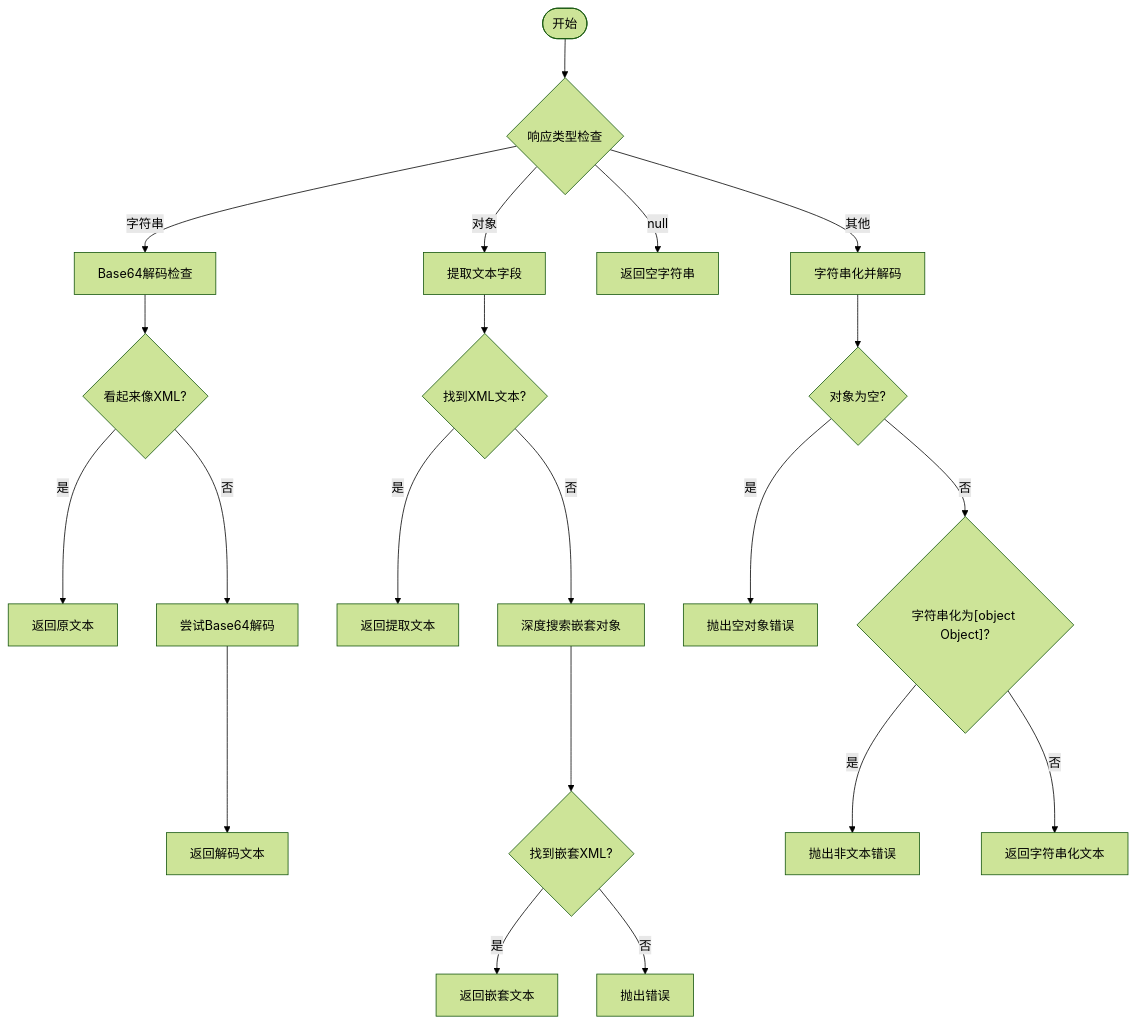
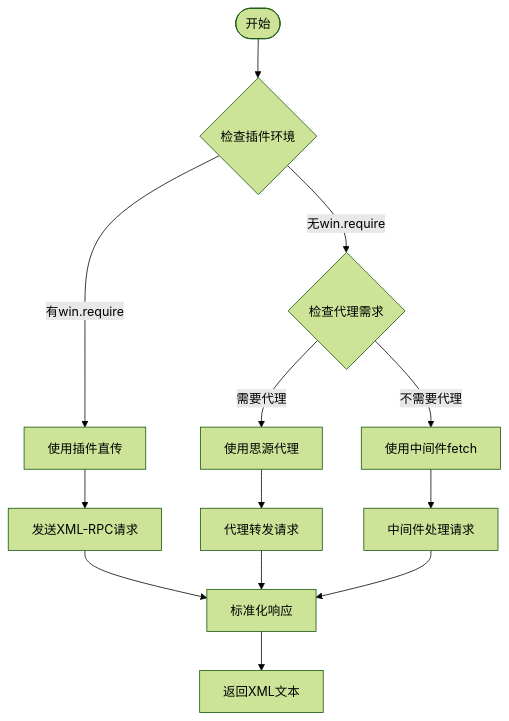
One commit to terwer/siyuan-plugin-publisher changed the seventh of 9 diagrams in .qoder/repowiki/zh/content/API参考文档/工具函数API/工具函数API.md. Above: the diagram before and after it, drawn with Mermaid (forest theme). The commit also changed other lines of this file and 15 other files, not shown here.

First line of the commit message:
refactor(proxy): redesign form upload transport to unified top-level architecture

````diff
--- a/.qoder/repowiki/zh/content/API参考文档/工具函数API/工具函数API.md
+++ b/.qoder/repowiki/zh/content/API参考文档/工具函数API/工具函数API.md
@@ -653,23 +741,15 @@
 ```mermaid
 flowchart TD
-Start([开始]) --> CheckType{"响应类型检查"}
-CheckType --> |字符串| DecodeBase64["Base64解码检查"]
-CheckType --> |对象| ExtractFields["提取文本字段"]
-CheckType --> |null| ReturnEmpty["返回空字符串"]
-CheckType --> |其他| Fallback["字符串化并解码"]
-DecodeBase64 --> LooksLikeXml{"看起来像XML?"}
-LooksLikeXml --> |是| ReturnText["返回原文本"]
-LooksLikeXml --> |否| TryBase64["尝试Base64解码"]
-TryBase64 --> ReturnDecoded["返回解码文本"]
-ExtractFields --> FoundText{"找到XML文本?"}
-FoundText --> |是| ReturnExtracted["返回提取文本"]
-FoundText --> |否| DeepSearch["深度搜索嵌套对象"]
-DeepSearch --> FoundNested{"找到嵌套XML?"}
-FoundNested --> |是| ReturnNested["返回嵌套文本"]
-FoundNested --> |否| ThrowError["抛出错误"]
-Fallback --> CheckObject{"对象为空?"}
-CheckObject --> |是| ThrowEmpty["抛出空对象错误"]
-CheckObject --> |否| CheckStringified{"字符串化为[object Object]?"}
-CheckStringified --> |是| ThrowNonText["抛出非文本错误"]
-CheckStringified --> |否| ReturnFallback["返回字符串化文本"]
+Start([开始]) --> CheckEnv{"检查插件环境"}
+CheckEnv --> |有win.require| UsePlugin["使用插件直传"]
+CheckEnv --> |无win.require| CheckProxy{"检查代理需求"}
+CheckProxy --> |需要代理| UseProxy["使用思源代理"]
+CheckProxy --> |不需要代理| UseMiddleware["使用中间件fetch"]
+UsePlugin --> SendRequest["发送XML-RPC请求"]
+UseProxy --> SendProxy["代理转发请求"]
+UseMiddleware --> SendMiddleware["中间件处理请求"]
+SendRequest --> Normalize["标准化响应"]
+SendProxy --> Normalize
+SendMiddleware --> Normalize
+Normalize --> Return["返回XML文本"]
 ```
````
